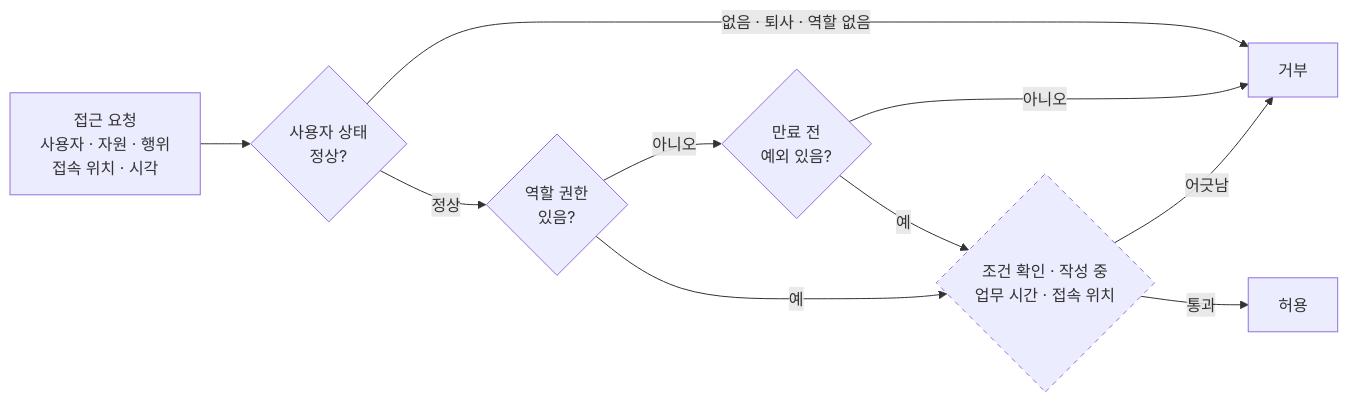
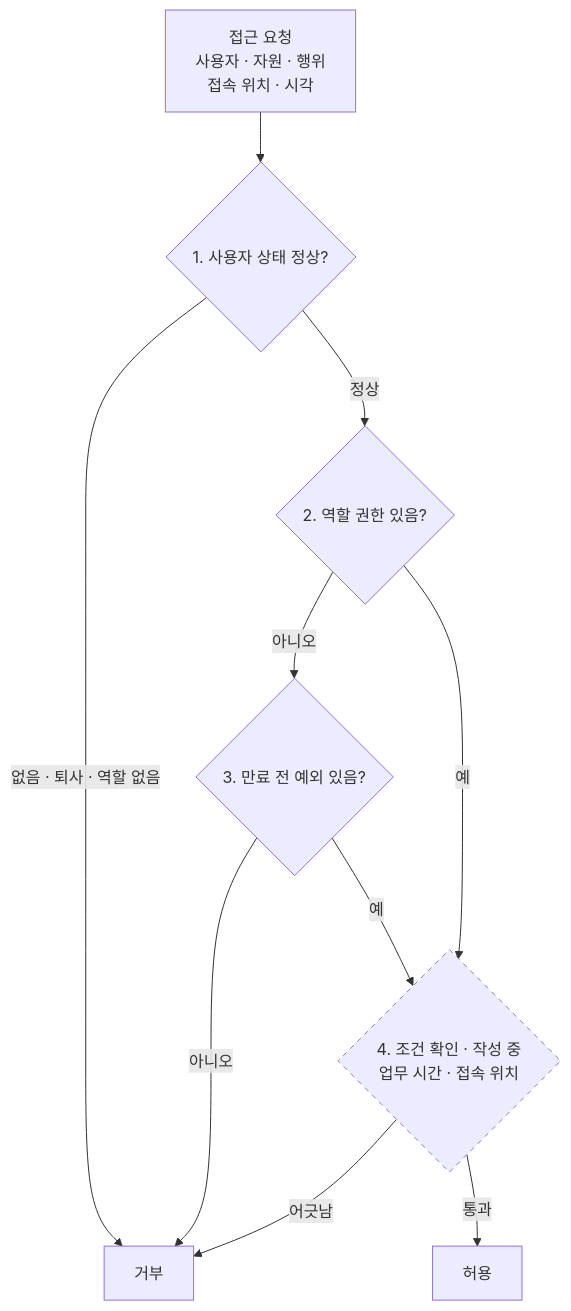
The third of 4 diagrams in Readme.md (mdkk0220/security-agent-toolkit), drawn with Mermaid before and after one commit. The commit also changed other lines of this file, not shown here.

````diff
--- a/Readme.md
+++ b/Readme.md
@@ -147,13 +143,13 @@
 ```mermaid
-flowchart LR
-    Q["접근 요청<br/>사용자 · 자원 · 행위<br/>접속 위치 · 시각"] --> U{"사용자 상태<br/>정상?"}
+flowchart TB
+    Q["접근 요청<br/>사용자 · 자원 · 행위<br/>접속 위치 · 시각"] --> U{"1. 사용자 상태 정상?"}
     U -- "없음 · 퇴사 · 역할 없음" --> N["거부"]
-    U -- 정상 --> P{"역할 권한<br/>있음?"}
-    P -- 아니오 --> E{"만료 전<br/>예외 있음?"}
+    U -- 정상 --> P{"2. 역할 권한 있음?"}
+    P -- 아니오 --> E{"3. 만료 전 예외 있음?"}
     E -- 아니오 --> N
-    P -- 예 --> C{"조건 확인 · 작성 중<br/>업무 시간 · 접속 위치"}
+    P -- 예 --> C{"4. 조건 확인 · 작성 중<br/>업무 시간 · 접속 위치"}
     E -- 예 --> C
     C -- 어긋남 --> N
     C -- 통과 --> Y["허용"]
     style C stroke-dasharray: 5 5
 ```
````
